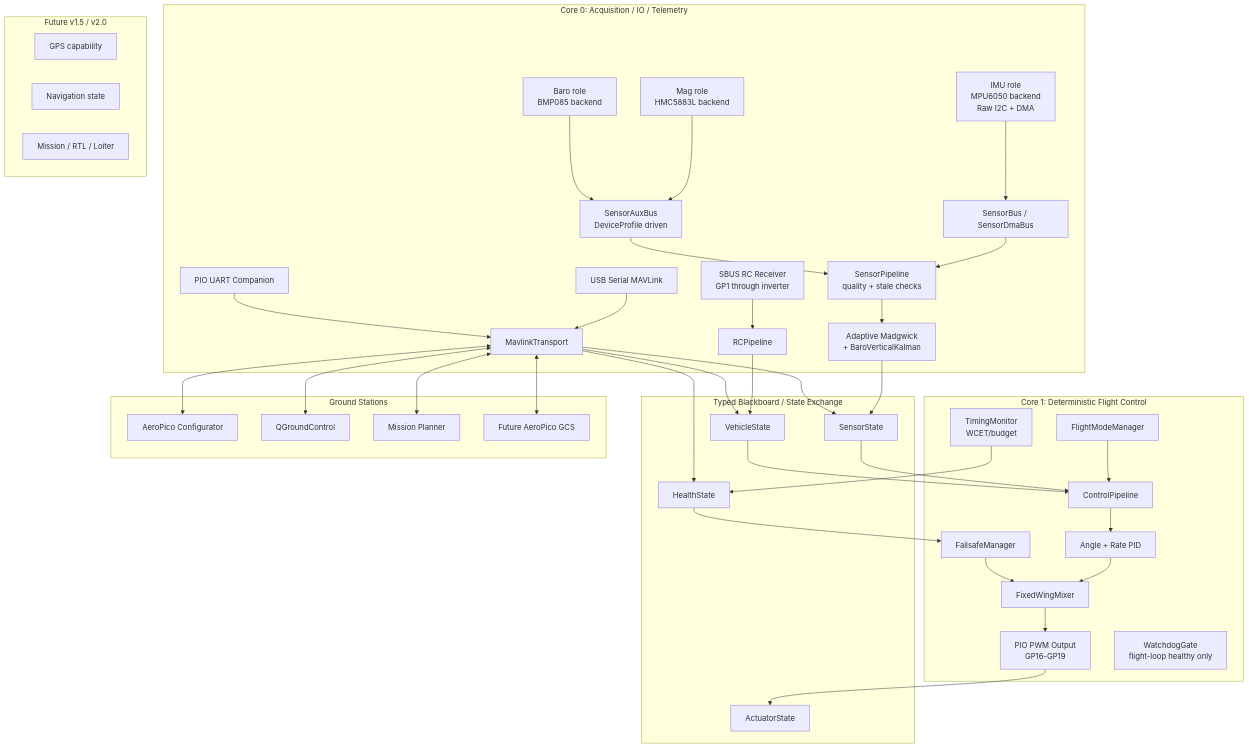
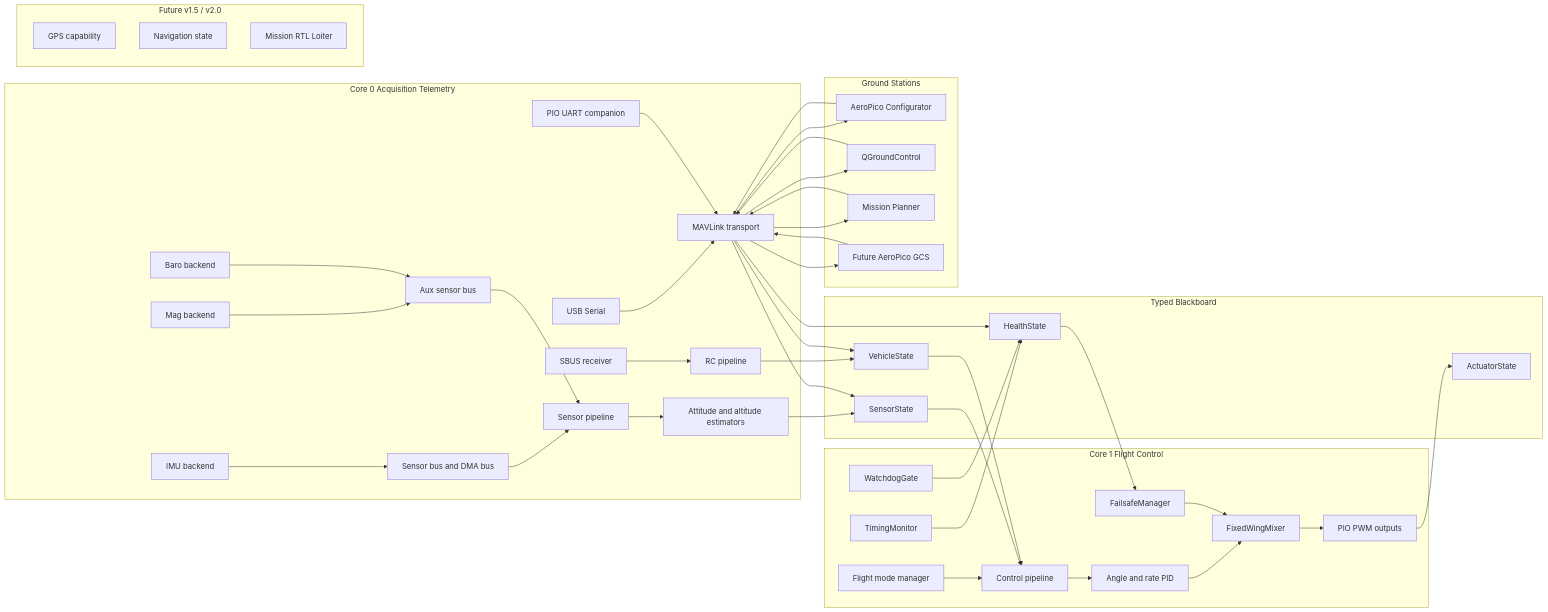
One commit to ozcelik329/AeroPico-FC changed the diagram in README.md. Above: the diagram before and after it, drawn with Mermaid.

Commit message:
Fix README Mermaid architecture diagram

````diff
--- a/README.md
+++ b/README.md
@@ -112,60 +112,80 @@
 ```mermaid
-graph TD
-    subgraph C0 ["Core 0: Acquisition / IO / Telemetry"]
-        IMU["IMU role\nMPU6050 backend\nRaw I2C + DMA"] --> SBUS["SensorBus / SensorDmaBus"]
-        MAG["Mag role\nHMC5883L backend"] --> AUX["SensorAuxBus\nDeviceProfile driven"]
-        BARO["Baro role\nBMP085 backend"] --> AUX
-        RC["SBUS RC Receiver\nGP1 through inverter"] --> RCP["RCPipeline"]
-        SBUS --> SP["SensorPipeline\nquality + stale checks"]
-        AUX --> SP
-        SP --> EST["Adaptive Madgwick\n+ BaroVerticalKalman"]
-        USB["USB Serial MAVLink"] --> MAV["MavlinkTransport"]
-        PIOU["PIO UART Companion"] --> MAV
+flowchart LR
+    subgraph CORE0 ["Core 0 Acquisition Telemetry"]
+        IMU["IMU backend"]
+        MAG["Mag backend"]
+        BARO["Baro backend"]
+        BUS["Sensor bus and DMA bus"]
+        AUX["Aux sensor bus"]
+        RCIN["SBUS receiver"]
+        RCP["RC pipeline"]
+        SP["Sensor pipeline"]
+        EST["Attitude and altitude estimators"]
+        USB["USB Serial"]
+        PIOU["PIO UART companion"]
+        MAV["MAVLink transport"]
     end
 
-    subgraph BB ["Typed Blackboard / State Exchange"]
+    subgraph STATE ["Typed Blackboard"]
         SENSOR["SensorState"]
         VEHICLE["VehicleState"]
         ACT["ActuatorState"]
         HEALTH["HealthState"]
     end
 
-    subgraph C1 ["Core 1: Deterministic Flight Control"]
-        FMODE["FlightModeManager"] --> CTRL["ControlPipeline"]
-        CTRL --> RATE["Angle + Rate PID"]
+    subgraph CORE1 ["Core 1 Flight Control"]
+        FMODE["Flight mode manager"]
+        CTRL["Control pipeline"]
+        RATE["Angle and rate PID"]
         RATE --> MIX["FixedWingMixer"]
         FAIL["FailsafeManager"] --> MIX
-        MIX --> PWM["PIO PWM Output\nGP16-GP19"]
-        TIM["TimingMonitor\nWCET/budget"]
-        WDG["WatchdogGate\nflight-loop healthy only"]
+        MIX --> PWM["PIO PWM outputs"]
+        TIM["TimingMonitor"]
+        WDG["WatchdogGate"]
     end
 
+    IMU --> BUS
+    BUS --> SP
+    MAG --> AUX
+    BARO --> AUX
+    AUX --> SP
+    RCIN --> RCP
+    SP --> EST
     EST --> SENSOR
     RCP --> VEHICLE
+    USB --> MAV
+    PIOU --> MAV
+    FMODE --> CTRL
     SENSOR --> CTRL
     VEHICLE --> CTRL
+    CTRL --> RATE
     HEALTH --> FAIL
     TIM --> HEALTH
+    WDG --> HEALTH
     PWM --> ACT
     MAV --> HEALTH
     MAV --> SENSOR
     MAV --> VEHICLE
 
     subgraph GCS ["Ground Stations"]
         CFG["AeroPico Configurator"]
         QGC["QGroundControl"]
         MP["Mission Planner"]
         AGCS["Future AeroPico GCS"]
     end
 
-    MAV <--> CFG
-    MAV <--> QGC
-    MAV <--> MP
-    MAV <--> AGCS
+    CFG --> MAV
+    MAV --> CFG
+    QGC --> MAV
+    MAV --> QGC
+    MP --> MAV
+    MAV --> MP
+    AGCS --> MAV
+    MAV --> AGCS
 
     subgraph FUTURE ["Future v1.5 / v2.0"]
         GPS["GPS capability"]
         NAV["Navigation state"]
-        MIS["Mission / RTL / Loiter"]
+        MIS["Mission RTL Loiter"]
     end
 ```
````
